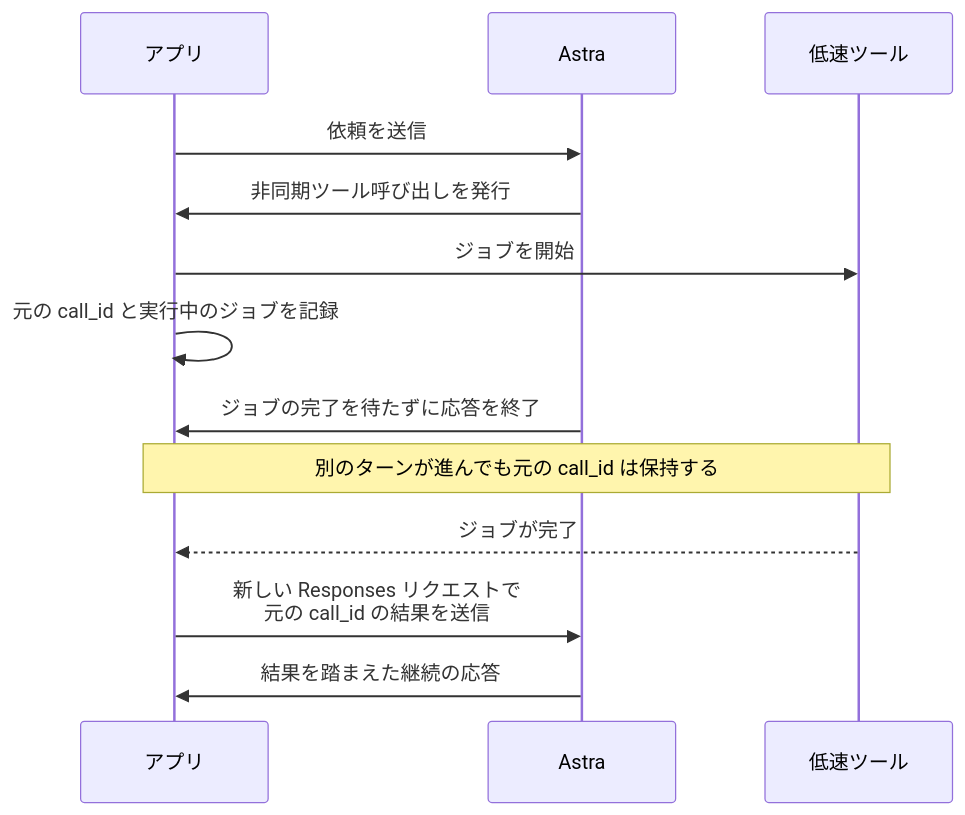
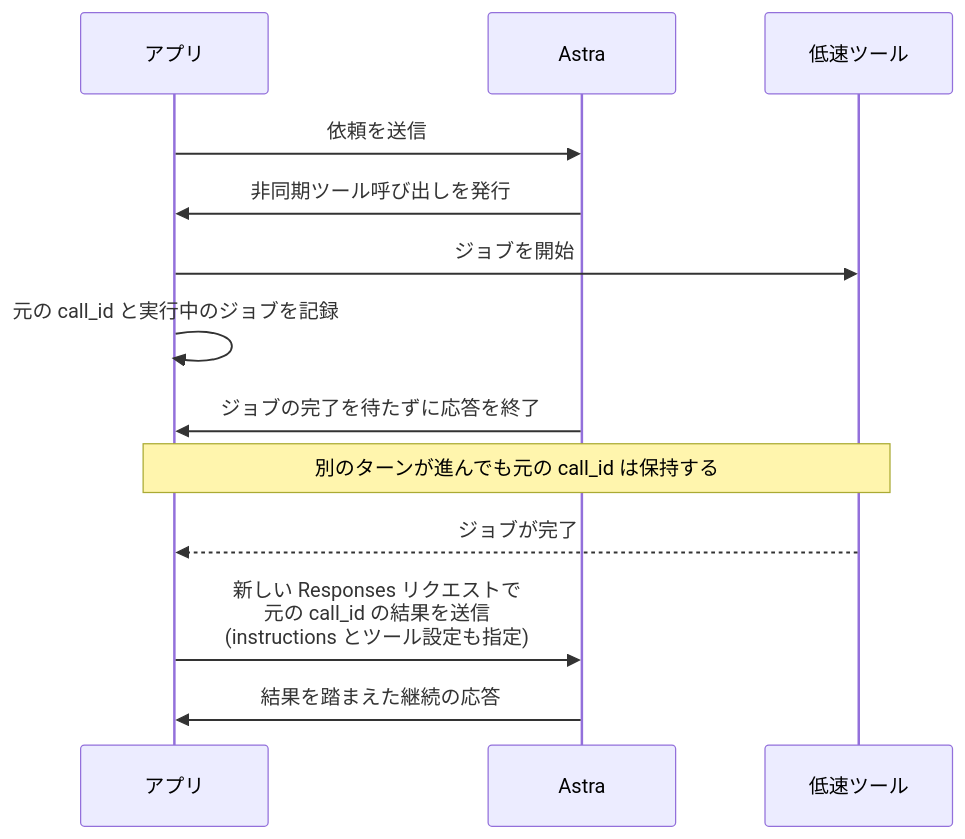
The seventh of 12 diagrams in Openai-gpt-6-astra-best-practices-guide.md (myoshi2891/Comparison-of-LLMs), drawn with Mermaid before and after one commit. The commit also changed other lines of this file, not shown here.

````diff
--- a/Openai-gpt-6-astra-best-practices-guide.md
+++ b/Openai-gpt-6-astra-best-practices-guide.md
@@ -505,15 +505,15 @@
 ```mermaid
 sequenceDiagram
   participant App as アプリ
   participant M as Astra
   participant T as 低速ツール
   App->>M: 依頼を送信
   M->>App: 非同期ツール呼び出しを発行
   App->>T: ジョブを開始
   App->>App: 元の call_id と実行中のジョブを記録
   M->>App: ジョブの完了を待たずに応答を終了
   Note over App,T: 別のターンが進んでも元の call_id は保持する
   T-->>App: ジョブが完了
-  App->>M: 新しい Responses リクエストで<br/>元の call_id の結果を送信
+  App->>M: 新しい Responses リクエストで<br/>元の call_id の結果を送信<br/>(instructions とツール設定も指定)
   M->>App: 結果を踏まえた継続の応答
 ```
````
